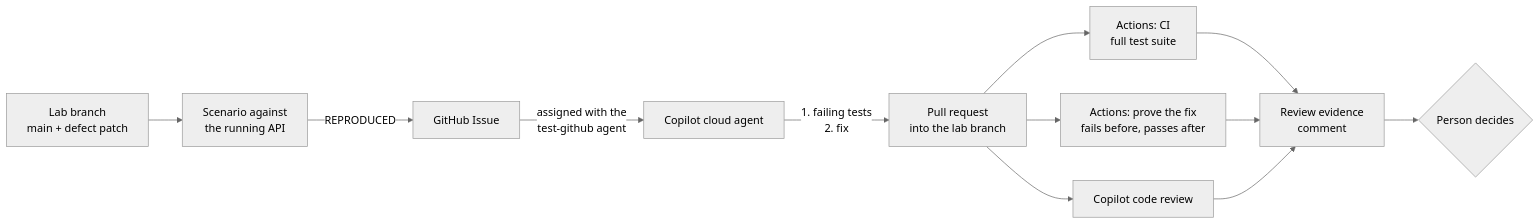
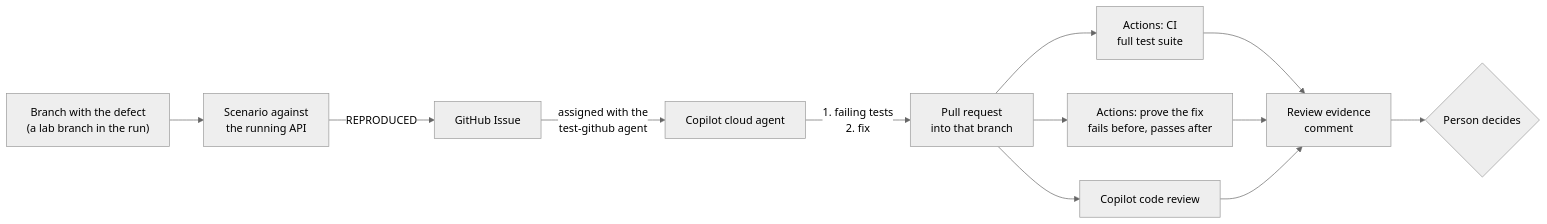
The diagram in solutions/04-test-github/README.md (melabadi/adept-assessment-northstars), drawn with Mermaid (neutral theme) before and after one commit. The commit also changed other lines of this file and 2 other files, not shown here.

````diff
--- a/solutions/04-test-github/README.md
+++ b/solutions/04-test-github/README.md
@@ -32,14 +33,14 @@
 ```mermaid
 flowchart LR
-  L[Lab branch<br/>main + defect patch] --> R[Scenario against<br/>the running API]
+  L["Branch with the defect<br/>(a lab branch in the run)"] --> R[Scenario against<br/>the running API]
   R -->|REPRODUCED| I[GitHub Issue]
   I -->|assigned with the<br/>test-github agent| C[Copilot cloud agent]
-  C -->|1. failing tests<br/>2. fix| PR[Pull request<br/>into the lab branch]
+  C -->|1. failing tests<br/>2. fix| PR[Pull request<br/>into that branch]
   PR --> CI[Actions: CI<br/>full test suite]
   PR --> P[Actions: prove the fix<br/>fails before, passes after]
   PR --> CR[Copilot code review]
   CI --> E[Review evidence<br/>comment]
   P --> E
   CR --> E
   E --> H{Person decides}
 ```
````
